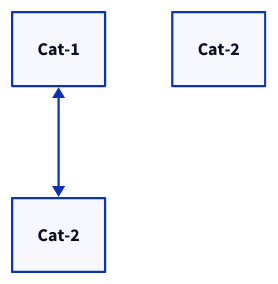
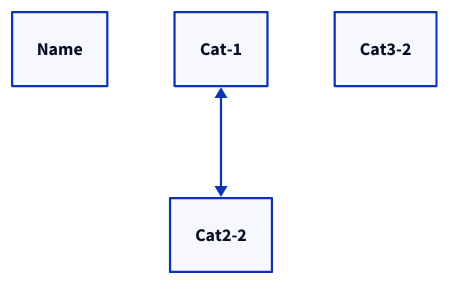
Before and after one commit to CalvoM/d2-lsp: the diagram in samples/sample3.d2, drawn with D2. The commit also changed 2 other files, not shown here.

```diff
--- a/samples/sample3.d2
+++ b/samples/sample3.d2
@@ -1,12 +1,13 @@
 vars: {
   server-name: Cat
-  server-name2: Cat
-  server-name3: Cat
-  server-name4: Cat
+  server-name2: Cat2
+  server-name3: Cat3
+  server-name4: Cat4
 }
 
+server0: Name
 server1: ${server-name}-1
 server2: ${server-name2}-2
 server3: ${server-name3}-2
 
 server1 <-> server2
```
